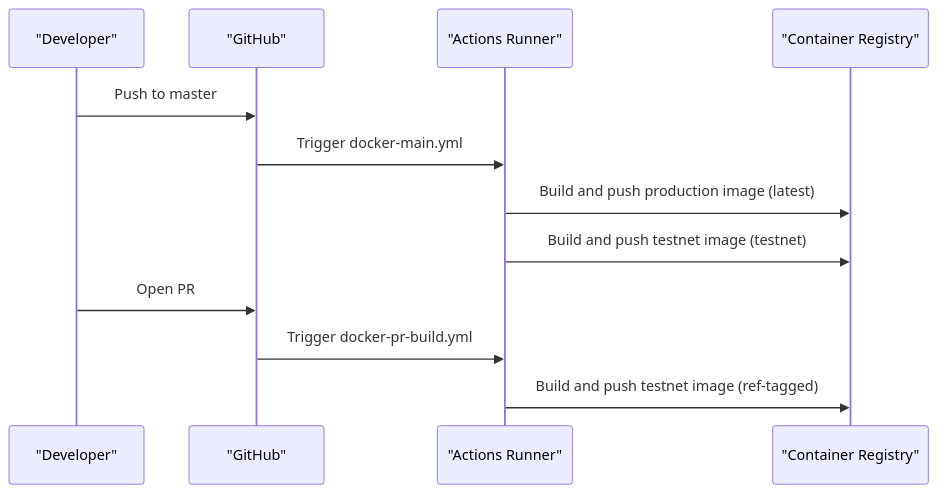
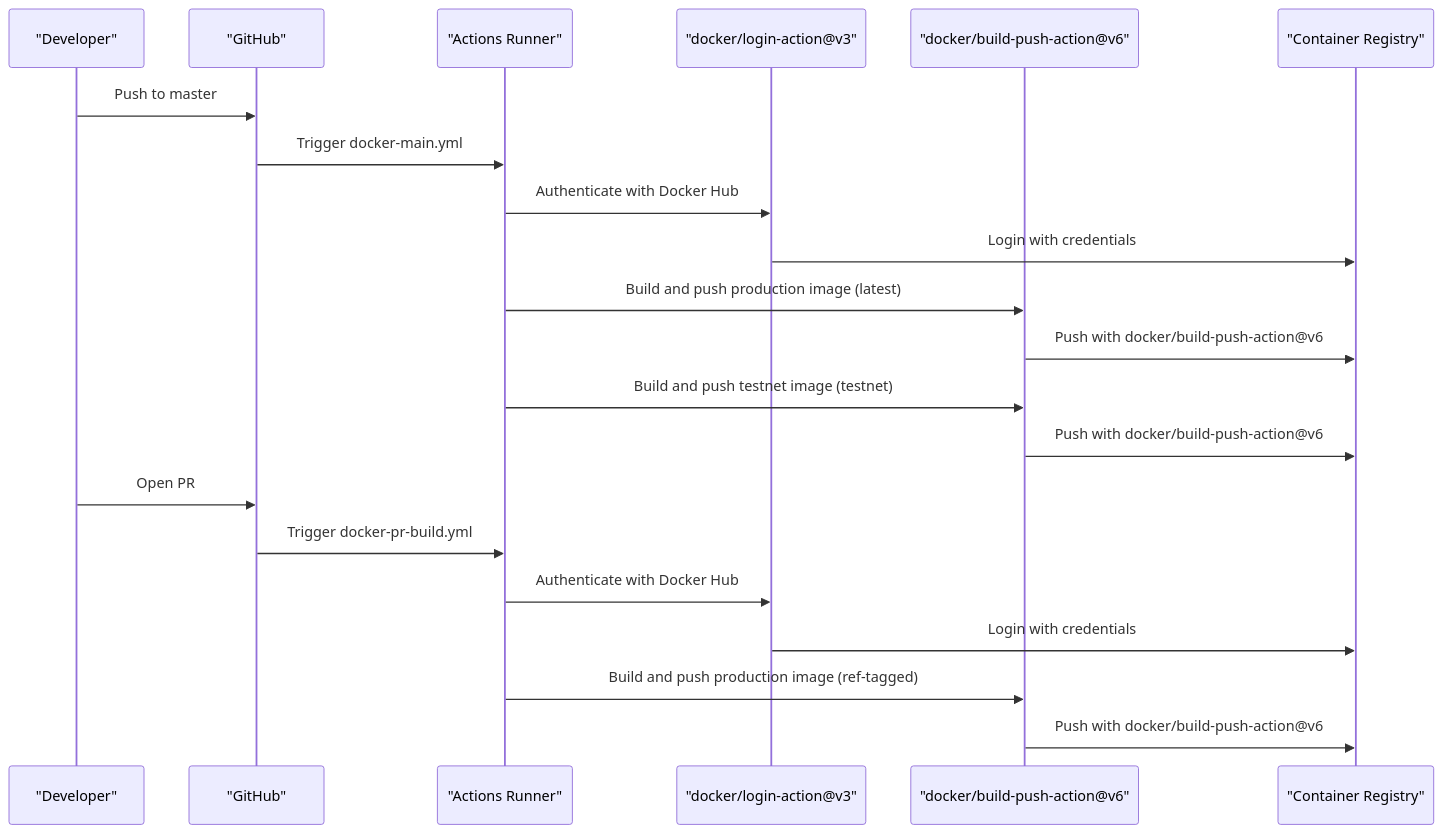
One commit to VIZ-Blockchain/viz-cpp-node changed the fourth of 6 diagrams in .qoder/repowiki/en/content/Development Tools/Build System/Docker Integration/Docker Integration.md. Above: the diagram before and after it, drawn with Mermaid. The commit also changed other lines of this file and 7 other files, not shown here.

````diff
--- a/.qoder/repowiki/en/content/Development Tools/Build System/Docker Integration/Docker Integration.md
+++ b/.qoder/repowiki/en/content/Development Tools/Build System/Docker Integration/Docker Integration.md
@@ -221,14 +234,23 @@
 ```mermaid
 sequenceDiagram
 participant Dev as "Developer"
 participant GH as "GitHub"
 participant Act as "Actions Runner"
+participant Auth as "docker/login-action@v3"
+participant Build as "docker/build-push-action@v6"
 participant Reg as "Container Registry"
 Dev->>GH : Push to master
 GH->>Act : Trigger docker-main.yml
-Act->>Reg : Build and push production image (latest)
-Act->>Reg : Build and push testnet image (testnet)
+Act->>Auth : Authenticate with Docker Hub
+Auth->>Reg : Login with credentials
+Act->>Build : Build and push production image (latest)
+Build->>Reg : Push with docker/build-push-action@v6
+Act->>Build : Build and push testnet image (testnet)
+Build->>Reg : Push with docker/build-push-action@v6
 Dev->>GH : Open PR
 GH->>Act : Trigger docker-pr-build.yml
-Act->>Reg : Build and push testnet image (ref-tagged)
+Act->>Auth : Authenticate with Docker Hub
+Auth->>Reg : Login with credentials
+Act->>Build : Build and push production image (ref-tagged)
+Build->>Reg : Push with docker/build-push-action@v6
 ```
````
